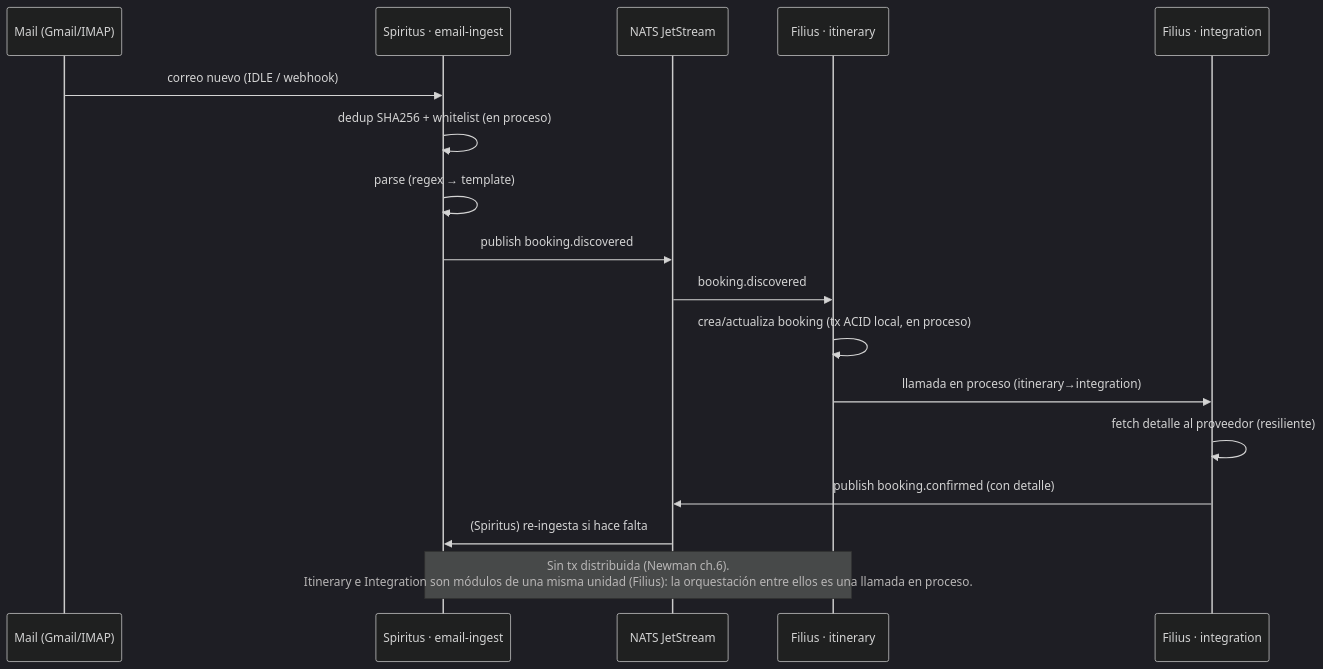
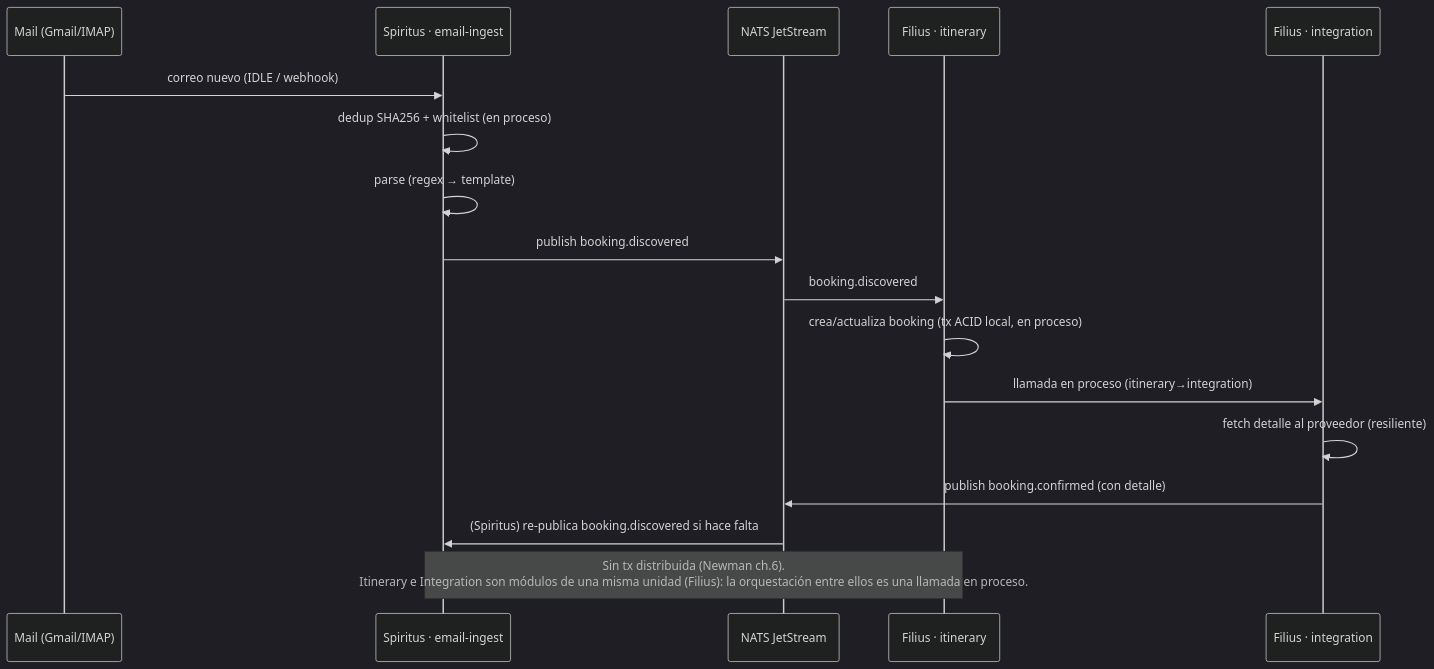
Before and after one commit to az-juan/trotamundos: the second of 6 diagrams in trinity/architecture/vista_cyc.md, drawn with Mermaid (dark theme). The commit also changed 31 other files, not shown here.

````diff
--- a/trinity/architecture/vista_cyc.md
+++ b/trinity/architecture/vista_cyc.md
@@ -57,19 +57,19 @@
 ```mermaid
 sequenceDiagram
     participant M as Mail (Gmail/IMAP)
     participant EI as Spiritus · email-ingest
     participant N as NATS JetStream
     participant IT as Filius · itinerary
     participant IN as Filius · integration
     M->>EI: correo nuevo (IDLE / webhook)
     EI->>EI: dedup SHA256 + whitelist (en proceso)
     EI->>EI: parse (regex → template)
     EI->>N: publish booking.discovered
     N->>IT: booking.discovered
     IT->>IT: crea/actualiza booking (tx ACID local, en proceso)
     IT->>IN: llamada en proceso (itinerary→integration)
     IN->>IN: fetch detalle al proveedor (resiliente)
     IN->>N: publish booking.confirmed (con detalle)
-    N->>EI: (Spiritus) re-ingesta si hace falta
+    N->>EI: (Spiritus) re-publica booking.discovered si hace falta
     Note over IT,EI: Sin tx distribuida (Newman ch.6).<br/>Itinerary e Integration son módulos de una misma unidad (Filius): la orquestación entre ellos es una llamada en proceso.
 ```
````
